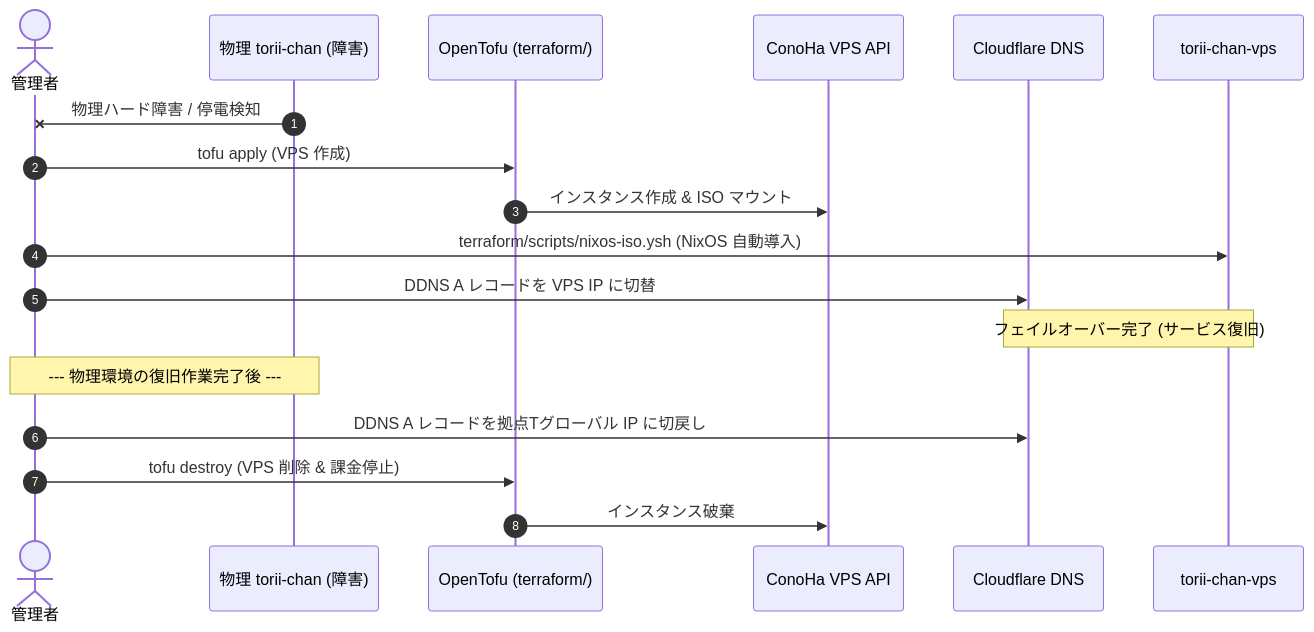
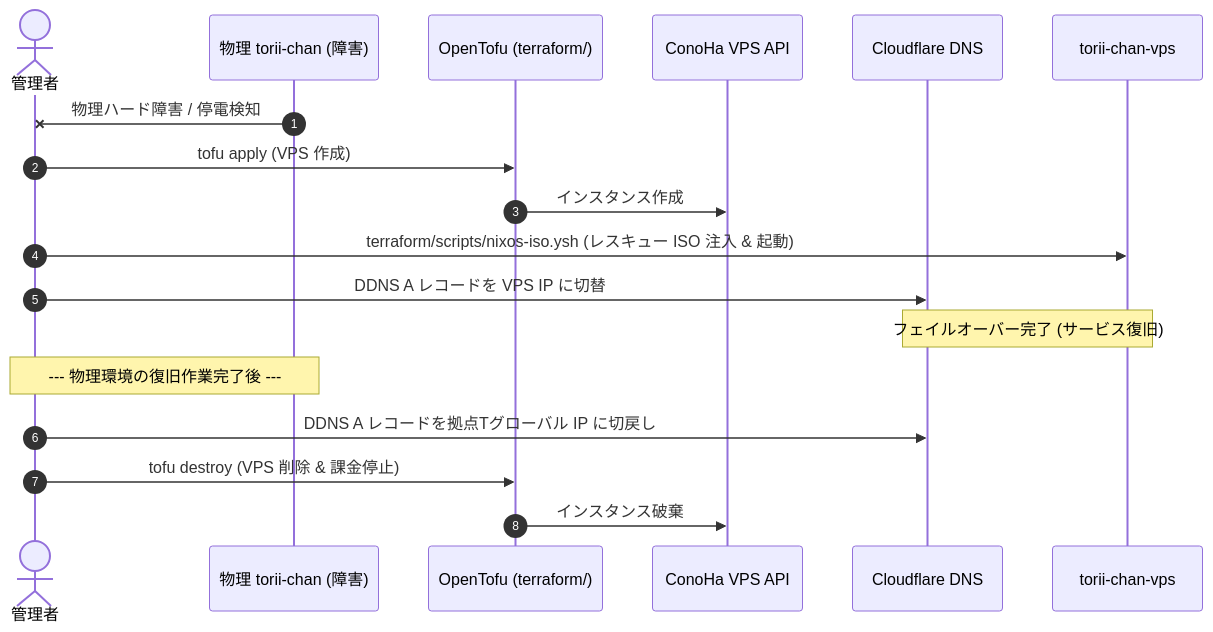
The diagram in docs/operations/vps-failover.md (t3u-tsu/nix-config), drawn with Mermaid before and after one commit. The commit also changed other lines of this file and 72 other files, not shown here.

````diff
--- a/docs/operations/vps-failover.md
+++ b/docs/operations/vps-failover.md
@@ -11,22 +9,22 @@
 ```mermaid
 sequenceDiagram
     autonumber
     actor Admin as 管理者
     participant SBC as 物理 torii-chan (障害)
     participant Tofu as OpenTofu (terraform/)
     participant ConoHa as ConoHa VPS API
     participant Cloudflare as Cloudflare DNS
     participant VPS as torii-chan-vps
 
     SBC-xAdmin: 物理ハード障害 / 停電検知
     Admin->>Tofu: tofu apply (VPS 作成)
-    Tofu->>ConoHa: インスタンス作成 & ISO マウント
-    Admin->>VPS: terraform/scripts/nixos-iso.ysh (NixOS 自動導入)
+    Tofu->>ConoHa: インスタンス作成
+    Admin->>VPS: terraform/scripts/nixos-iso.ysh (レスキュー ISO 注入 & 起動)
     Admin->>Cloudflare: DDNS A レコードを VPS IP に切替
     Note over VPS,Cloudflare: フェイルオーバー完了 (サービス復旧)
 
     Note over SBC,Admin: --- 物理環境の復旧作業完了後 ---
     Admin->>Cloudflare: DDNS A レコードを拠点Tグローバル IP に切戻し
     Admin->>Tofu: tofu destroy (VPS 削除 & 課金停止)
     Tofu->>ConoHa: インスタンス破棄
 ```
````
